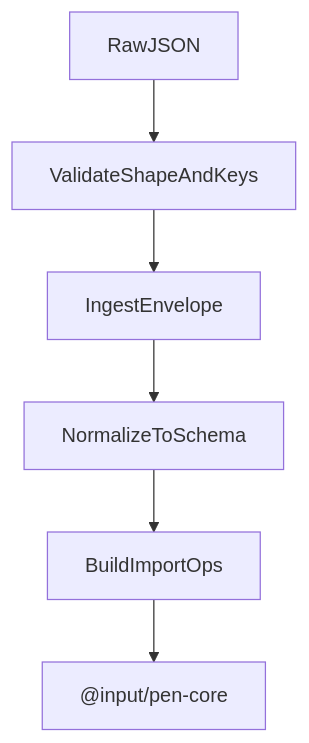
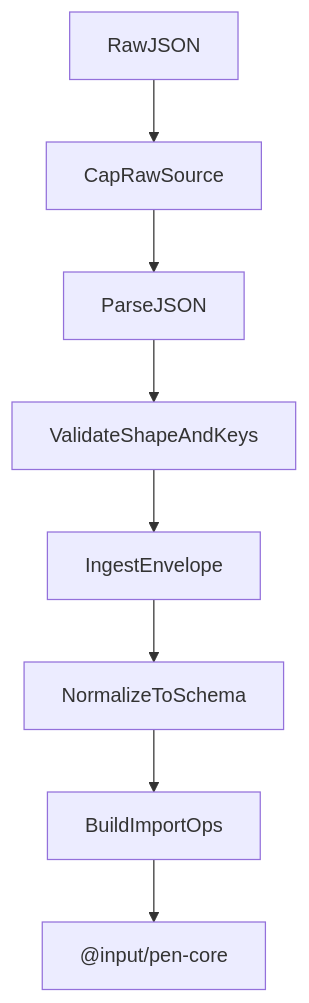
The diagram in spec/packages/extensions/import-json.md (JayaKrishnaNamburu/pen), drawn with Mermaid before and after one commit. The commit also changed other lines of this file and 252 other files, not shown here.

````diff
--- a/spec/packages/extensions/import-json.md
+++ b/spec/packages/extensions/import-json.md
@@ -26,15 +26,19 @@
 ```mermaid
 flowchart TD
   JSON[RawJSON]
+  Cap[CapRawSource]
+  Parse[ParseJSON]
   Validate[ValidateShapeAndKeys]
-  Cap[IngestEnvelope]
+  Envelope[IngestEnvelope]
   Normalize[NormalizeToSchema]
   Ops[BuildImportOps]
   Core["@input/pen-core"]
 
-  JSON --> Validate
-  Validate --> Cap
-  Cap --> Normalize
+  JSON --> Cap
+  Cap --> Parse
+  Parse --> Validate
+  Validate --> Envelope
+  Envelope --> Normalize
   Normalize --> Ops
   Ops --> Core
 ```
````
